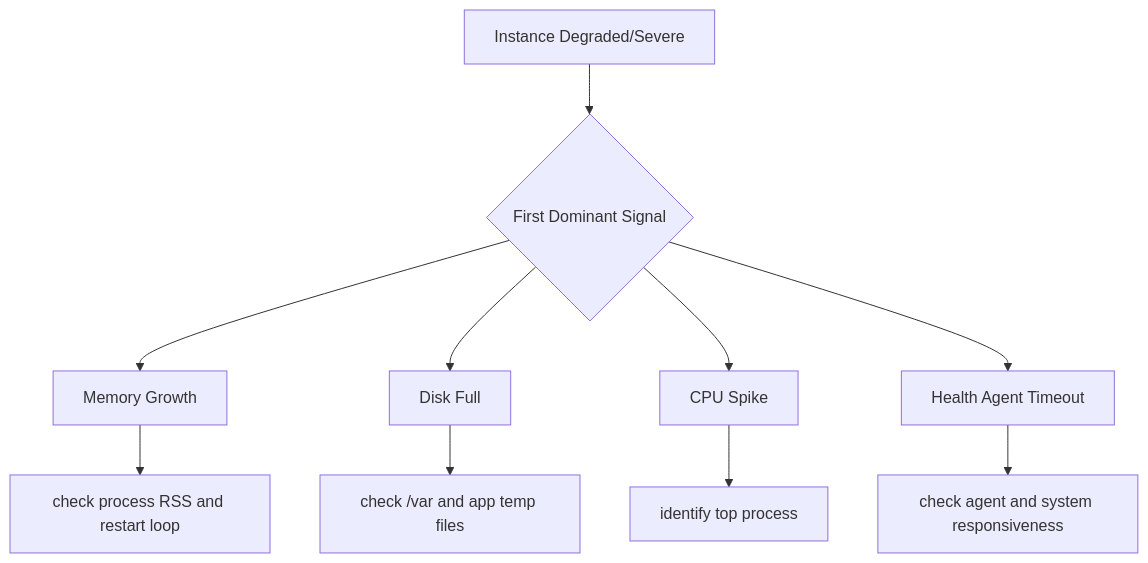
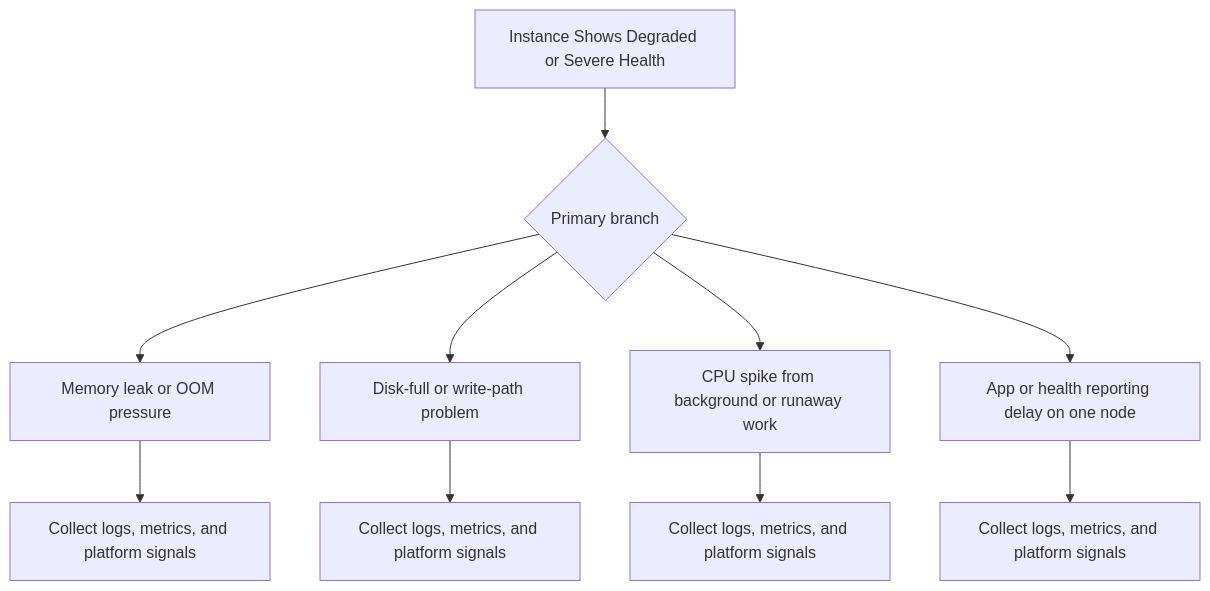
Before and after one commit to yeongseon/aws-elastic-beanstalk-practical-guide: the first of 2 diagrams in docs/troubleshooting/playbooks/performance/instance-degraded-health.md, drawn with Mermaid. The commit also changed other lines of this file and 223 other files, not shown here.

````diff
--- a/docs/troubleshooting/playbooks/performance/instance-degraded-health.md
+++ b/docs/troubleshooting/playbooks/performance/instance-degraded-health.md
@@ -12,12 +6,12 @@
 ```mermaid
 flowchart TD
-    A[Instance Degraded/Severe] --> B{First Dominant Signal}
-    B --> C[Memory Growth]
-    B --> D[Disk Full]
-    B --> E[CPU Spike]
-    B --> F[Health Agent Timeout]
-    C --> G[check process RSS and restart loop]
-    D --> H[check /var and app temp files]
-    E --> I[identify top process]
-    F --> J[check agent and system responsiveness]
+    A[Instance Shows Degraded or Severe Health] --> B{Primary branch}
+    B --> C1[Memory leak or OOM pressure]
+    C1 --> D1[Collect logs, metrics, and platform signals]
+    B --> C2[Disk-full or write-path problem]
+    C2 --> D2[Collect logs, metrics, and platform signals]
+    B --> C3[CPU spike from background or runaway work]
+    C3 --> D3[Collect logs, metrics, and platform signals]
+    B --> C4[App or health reporting delay on one node]
+    C4 --> D4[Collect logs, metrics, and platform signals]
 ```
````
